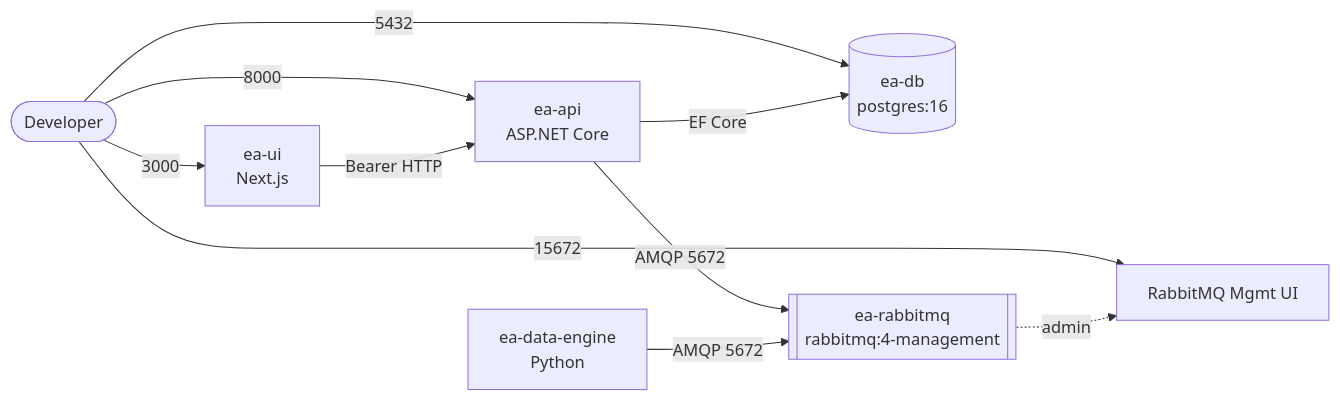
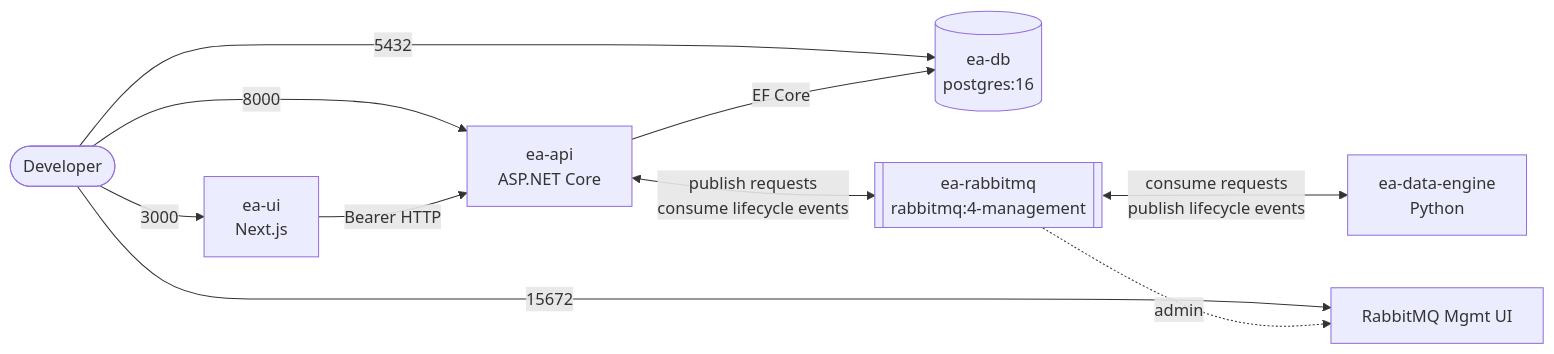
One commit to awpala/enterprise-app changed the diagram in deploy/README.md. Above: the diagram before and after it, drawn with Mermaid. The commit also changed other lines of this file and 91 other files, not shown here.

Commit message:
docs: document multi-cloud architecture, local workflows, and source contracts; hardened model-run execution and process logging

````diff
--- a/deploy/README.md
+++ b/deploy/README.md
@@ -16,12 +18,12 @@
 ```mermaid
 flowchart LR
     dev([Developer]) -->|3000| ui[ea-ui<br/>Next.js]
     dev -->|8000| api[ea-api<br/>ASP.NET Core]
     dev -->|15672| mqui[RabbitMQ Mgmt UI]
     dev -->|5432| pg[(ea-db<br/>postgres:16)]
     ui -->|Bearer HTTP| api
     api -->|EF Core| pg
-    api -->|AMQP 5672| mq[[ea-rabbitmq<br/>rabbitmq:4-management]]
-    de[ea-data-engine<br/>Python] -->|AMQP 5672| mq
+    api <-->|publish requests<br/>consume lifecycle events| mq[[ea-rabbitmq<br/>rabbitmq:4-management]]
+    mq <-->|consume requests<br/>publish lifecycle events| de[ea-data-engine<br/>Python]
     mq -.admin.-> mqui
 ```
````
